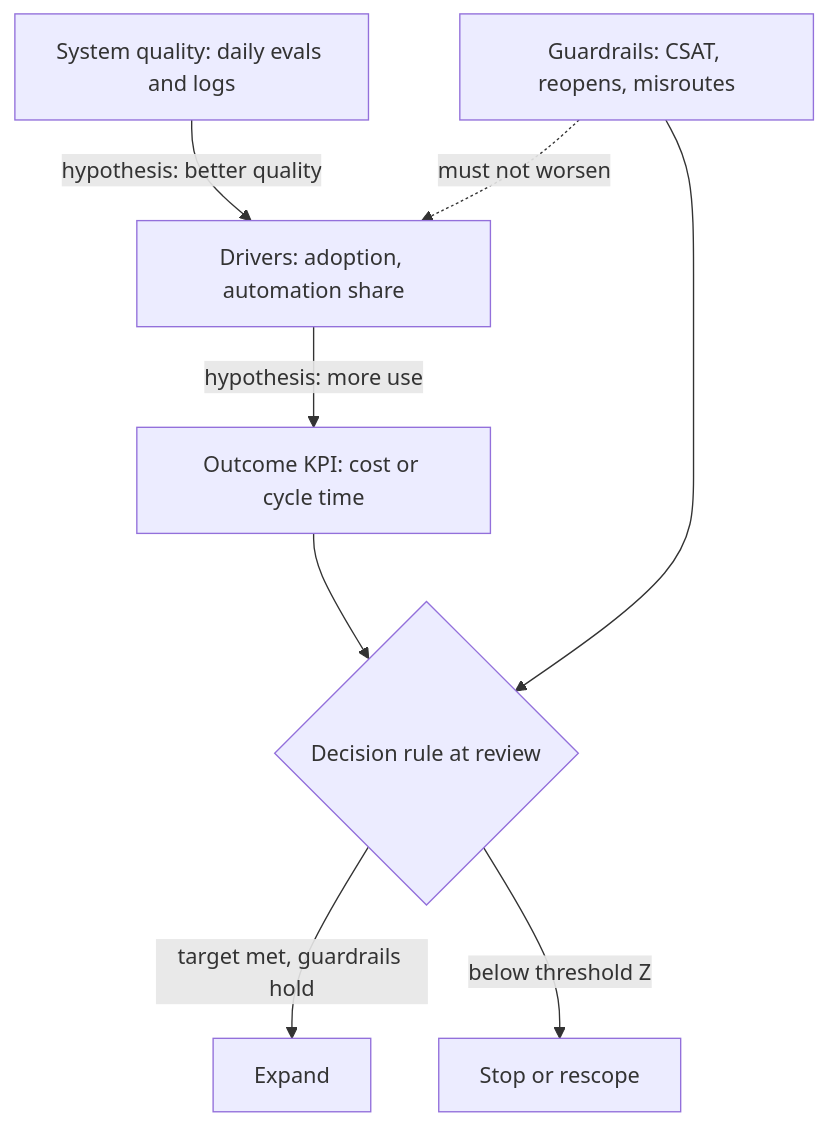
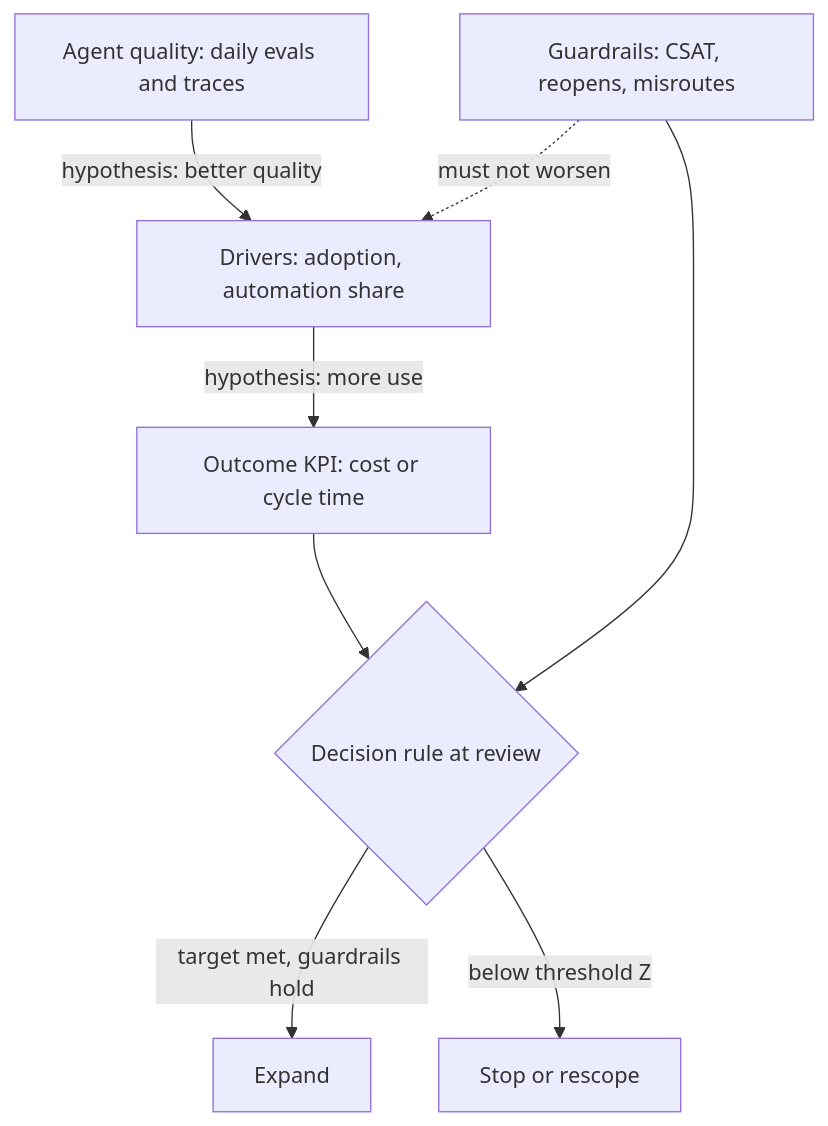
One commit to lovishmahajan97/agentic-learning changed the diagram in content/scoping/success-metrics-kpis.md. Above: the diagram before and after it, drawn with Mermaid. The commit also changed other lines of this file and 485 other files, not shown here.

````diff
--- a/content/scoping/success-metrics-kpis.md
+++ b/content/scoping/success-metrics-kpis.md
@@ -119,10 +133,10 @@
 ```mermaid
 flowchart TD
-    Q["System quality: daily evals and logs"] -->|"hypothesis: better quality"| D["Drivers: adoption, automation share"]
+    Q["Agent quality: daily evals and traces"] -->|"hypothesis: better quality"| D["Drivers: adoption, automation share"]
     D -->|"hypothesis: more use"| O["Outcome KPI: cost or cycle time"]
     G["Guardrails: CSAT, reopens, misroutes"] -.->|"must not worsen"| D
     O --> R{"Decision rule at review"}
     G --> R
     R -->|"target met, guardrails hold"| E["Expand"]
     R -->|"below threshold Z"| S["Stop or rescope"]
 ```
````
